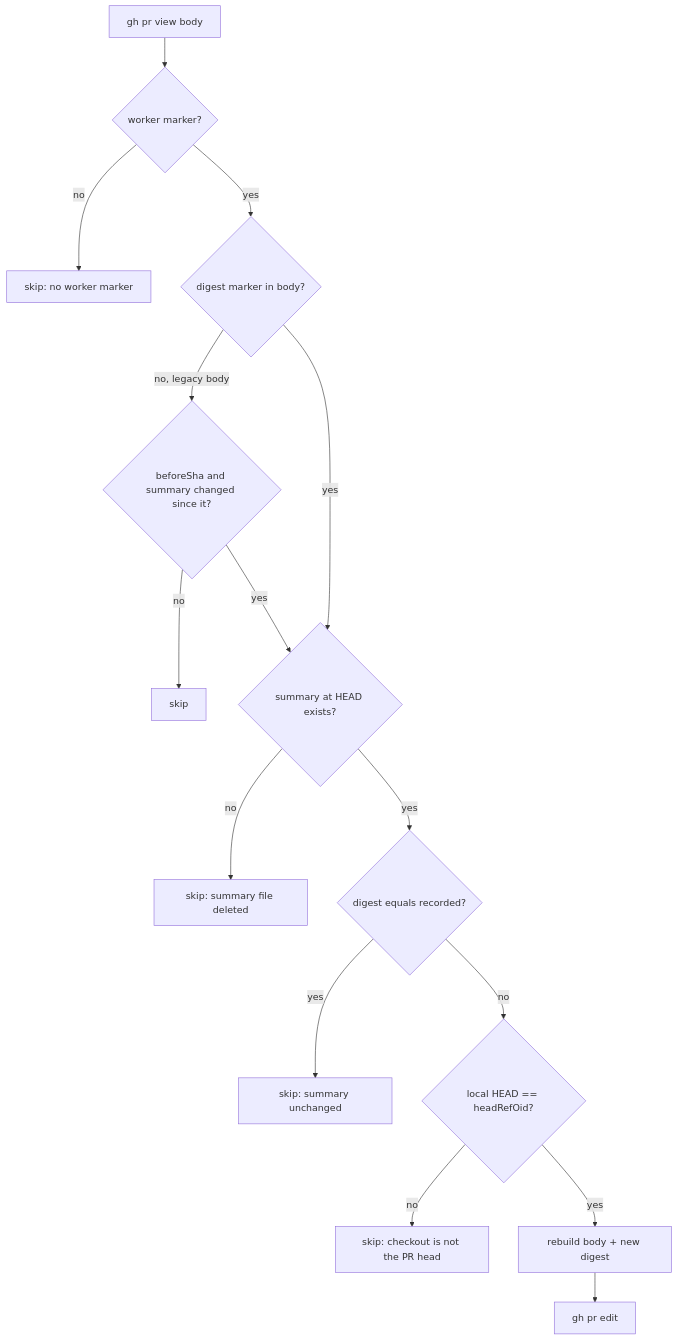
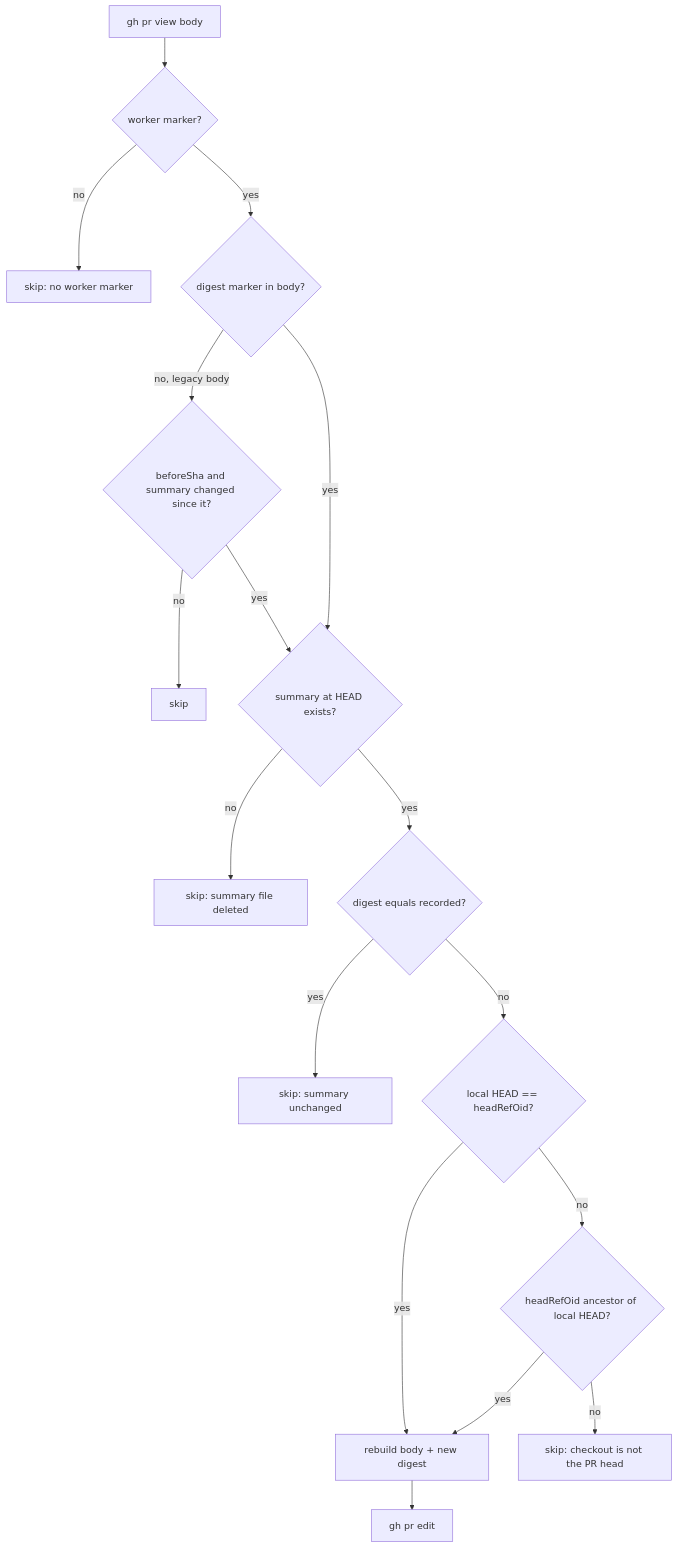
The diagram in docs/archive/pr-summaries/pr-summary-3315.md (stSoftwareAU/VibeCoder), drawn with Mermaid before and after one commit. The commit also changed other lines of this file and 2 other files, not shown here.

First line of the commit message:
Fix PR body sync's headRefOid freshness check to tolerate GitHub's own push lag (PR #3353 review, round 2)

````diff
--- a/docs/archive/pr-summaries/pr-summary-3315.md
+++ b/docs/archive/pr-summaries/pr-summary-3315.md
@@ -38,17 +41,19 @@
 ```mermaid
 flowchart TD
     V[gh pr view body] --> M{worker marker?}
     M -- no --> S0[skip: no worker marker]
     M -- yes --> D{digest marker in body?}
     D -- no, legacy body --> L{beforeSha and summary changed since it?}
     L -- no --> S1[skip]
     L -- yes --> R{summary at HEAD exists?}
     D -- yes --> R
     R -- no --> S2[skip: summary file deleted]
     R -- yes --> C{digest equals recorded?}
     C -- yes --> S3[skip: summary unchanged]
     C -- no --> H{local HEAD == headRefOid?}
-    H -- no --> S4[skip: checkout is not the PR head]
     H -- yes --> B[rebuild body + new digest]
+    H -- no --> A{headRefOid ancestor of local HEAD?}
+    A -- no --> S4[skip: checkout is not the PR head]
+    A -- yes --> B
     B --> E[gh pr edit]
 ```
````
